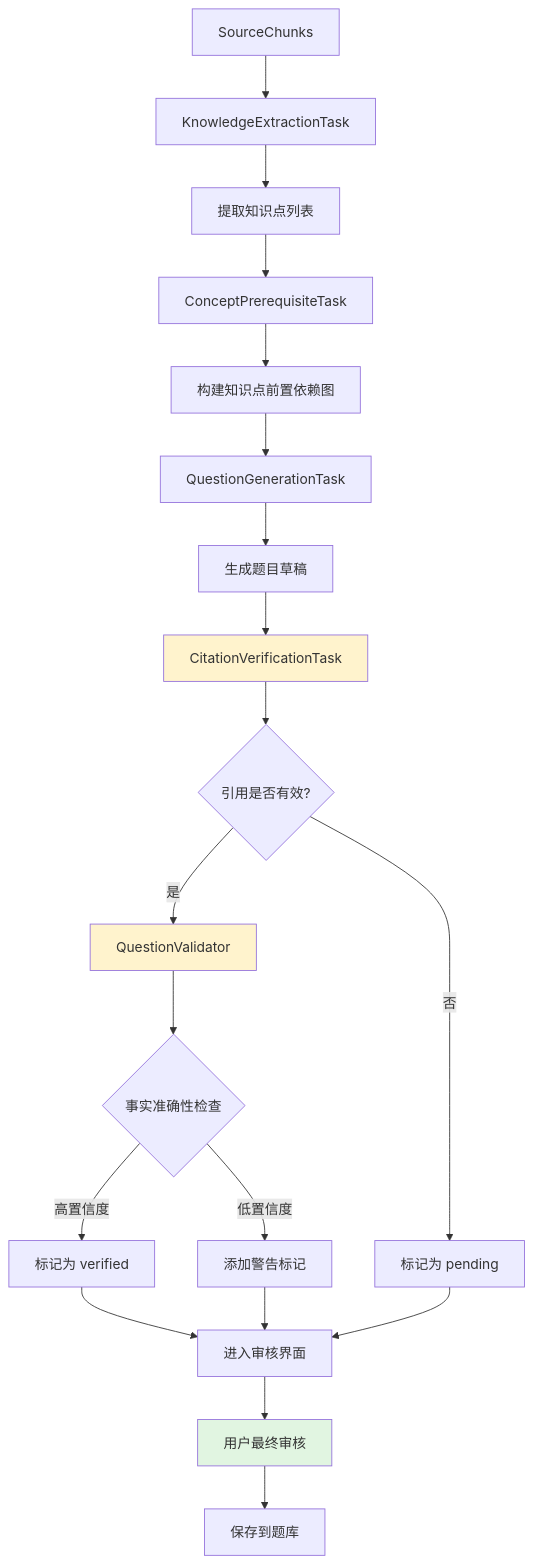
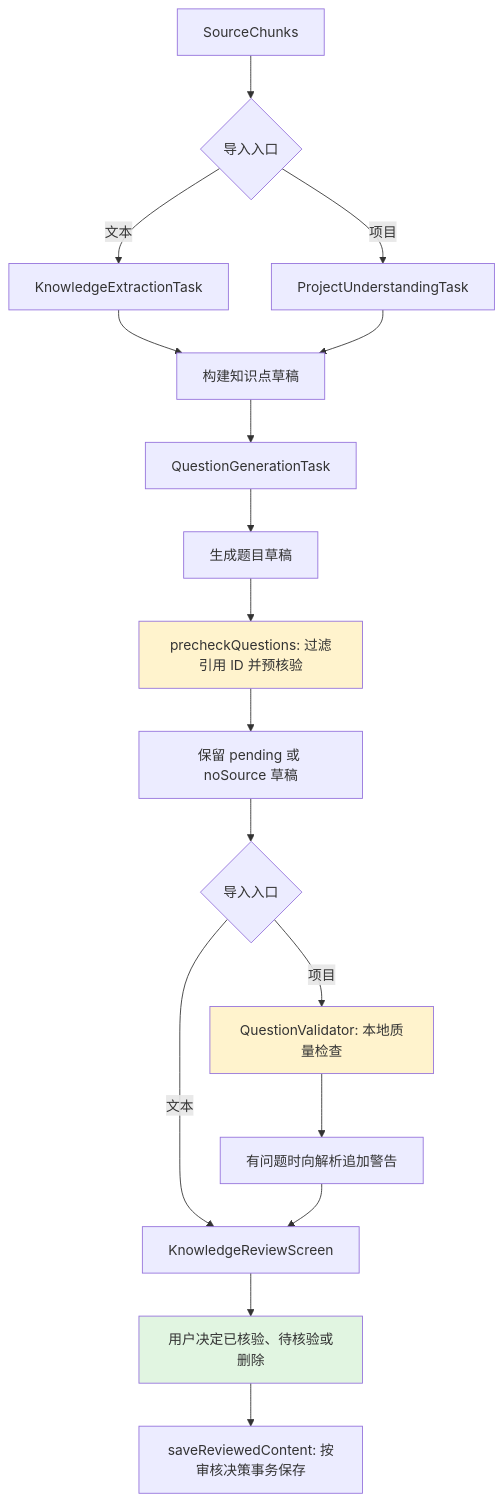
One commit to Drew-Z/anchor changed the second of 4 diagrams in docs/architecture/SYSTEM_OVERVIEW.md. Above: the diagram before and after it, drawn with Mermaid. The commit also changed other lines of this file and 2 other files, not shown here.

Commit message:
docs: align search and question review architecture with implementation

````diff
--- a/docs/architecture/SYSTEM_OVERVIEW.md
+++ b/docs/architecture/SYSTEM_OVERVIEW.md
@@ -51,29 +53,24 @@
 ```mermaid
 graph TD
-    A[SourceChunks] --> B[KnowledgeExtractionTask]
-    B --> C[提取知识点列表]
-    C --> D[ConceptPrerequisiteTask]
-    D --> E[构建知识点前置依赖图]
+    A[SourceChunks] --> B{导入入口}
+    B -->|文本| C[KnowledgeExtractionTask]
+    B -->|项目| D[ProjectUnderstandingTask]
+    C --> E[构建知识点草稿]
+    D --> E
     E --> F[QuestionGenerationTask]
     F --> G[生成题目草稿]
-    
-    G --> H[CitationVerificationTask]
-    H --> I{引用是否有效?}
-    I -->|否| J[标记为 pending]
-    I -->|是| K[QuestionValidator]
-    
-    K --> L{事实准确性检查}
-    L -->|高置信度| M[标记为 verified]
-    L -->|低置信度| N[添加警告标记]
-    
-    M --> O[进入审核界面]
-    N --> O
-    J --> O
-    
-    O --> P[用户最终审核]
-    P --> Q[保存到题库]
-    
+
+    G --> H[precheckQuestions: 过滤引用 ID 并预核验]
+    H --> I[保留 pending 或 noSource 草稿]
+    I --> J{导入入口}
+    J -->|项目| K[QuestionValidator: 本地质量检查]
+    K --> L[有问题时向解析追加警告]
+    J -->|文本| O[KnowledgeReviewScreen]
+    L --> O
+    O --> P[用户决定已核验、待核验或删除]
+    P --> Q[saveReviewedContent: 按审核决策事务保存]
+
     style H fill:#fff3cd
     style K fill:#fff3cd
     style P fill:#e1f5e1
 ```
````
